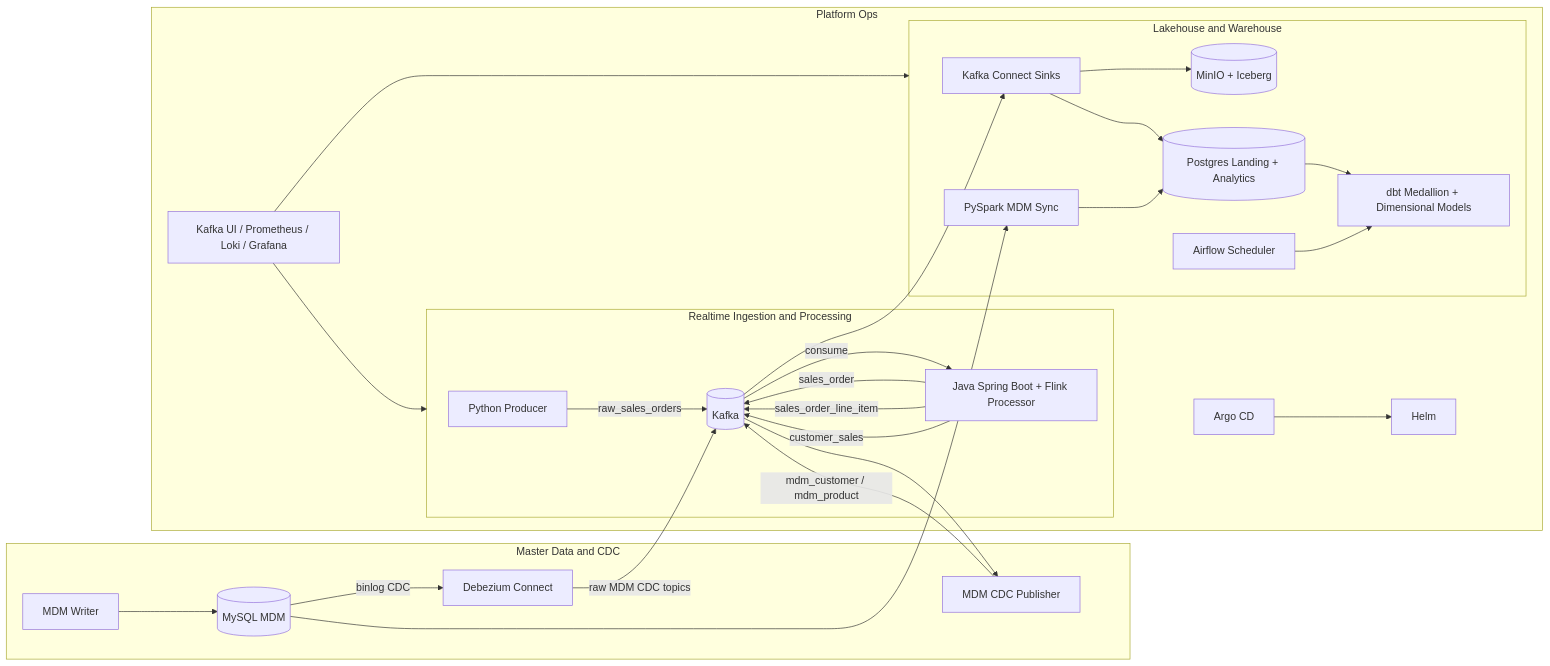
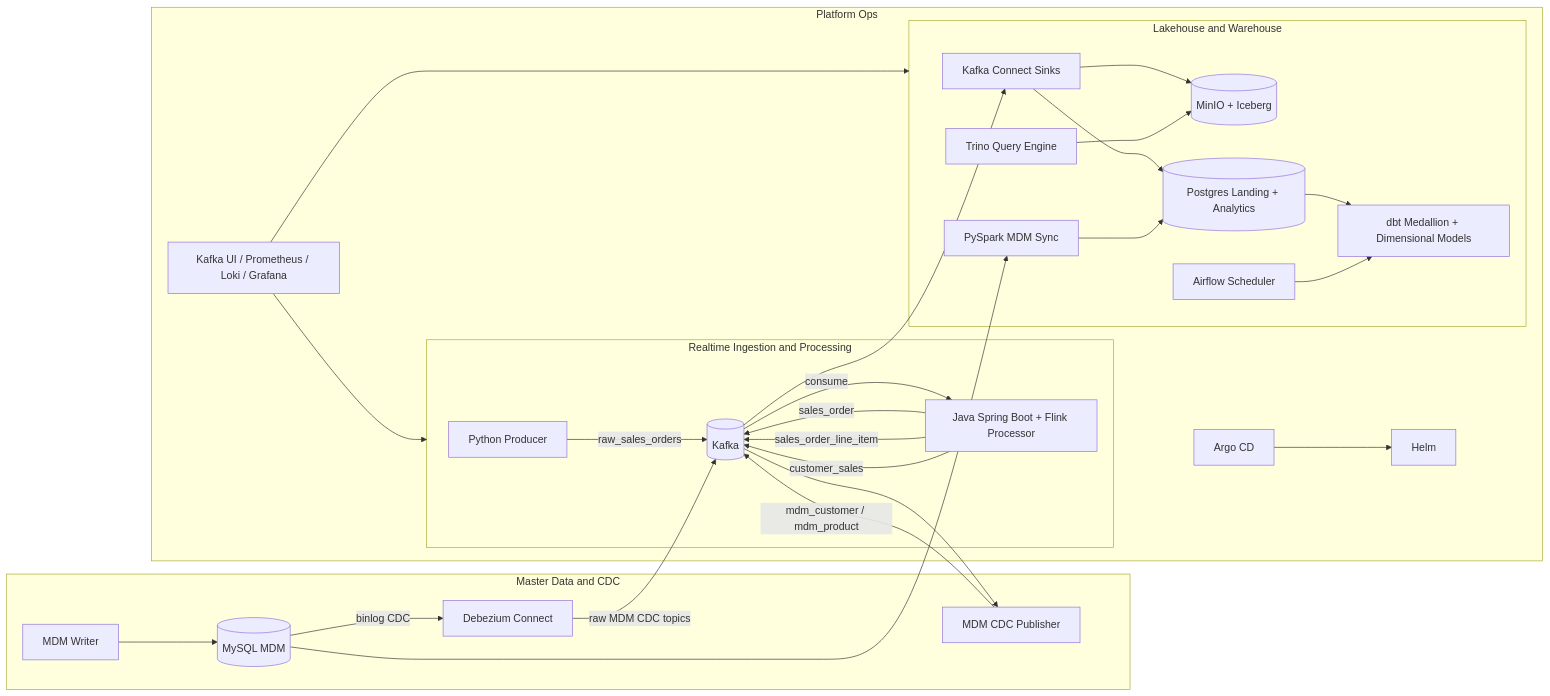
Before and after one commit to paulchen8206/Kafka-Flink-with-Helm-and-Argo-CD: the diagram in docs/architecture.md, drawn with Mermaid. The commit also changed other lines of this file and 34 other files, not shown here.

````diff
--- a/docs/architecture.md
+++ b/docs/architecture.md
@@ -215,50 +261,52 @@
 ```mermaid
 flowchart LR
   subgraph RT[Realtime Ingestion and Processing]
     PR[Python Producer]
     K[(Kafka)]
     FL[Java Spring Boot + Flink Processor]
     PR -->|raw_sales_orders| K
     K -->|consume| FL
     FL -->|sales_order| K
     FL -->|sales_order_line_item| K
     FL -->|customer_sales| K
   end
 
   subgraph MDM[Master Data and CDC]
     MW[MDM Writer]
     MY[(MySQL MDM)]
     DBZ[Debezium Connect]
     MCP[MDM CDC Publisher]
     MW --> MY
     MY -->|binlog CDC| DBZ
     DBZ -->|raw MDM CDC topics| K
     K --> MCP
     MCP -->|mdm_customer / mdm_product| K
   end
 
   subgraph LH[Lakehouse and Warehouse]
     KC[Kafka Connect Sinks]
     IO[(MinIO + Iceberg)]
     PG[(Postgres Landing + Analytics)]
     SP[PySpark MDM Sync]
+    TQ[Trino Query Engine]
     DBT[dbt Medallion + Dimensional Models]
     AF[Airflow Scheduler]
     K --> KC
     KC --> IO
     KC --> PG
     MY --> SP
     SP --> PG
     PG --> DBT
+    TQ --> IO
     AF --> DBT
   end
 
   subgraph Ops[Platform Ops]
     H[Helm]
     A[Argo CD]
     O[Kafka UI / Prometheus / Loki / Grafana]
     A --> H
     O --> RT
     O --> LH
   end
 ```
````
